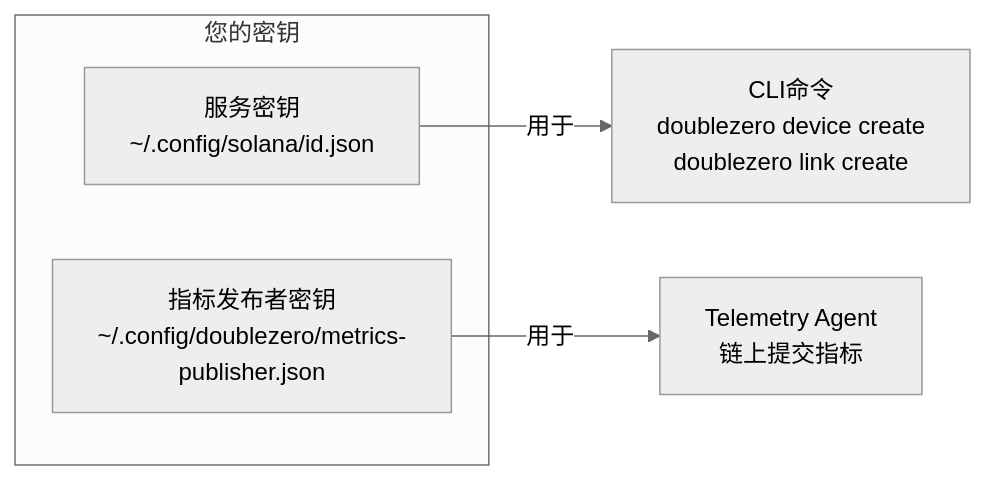
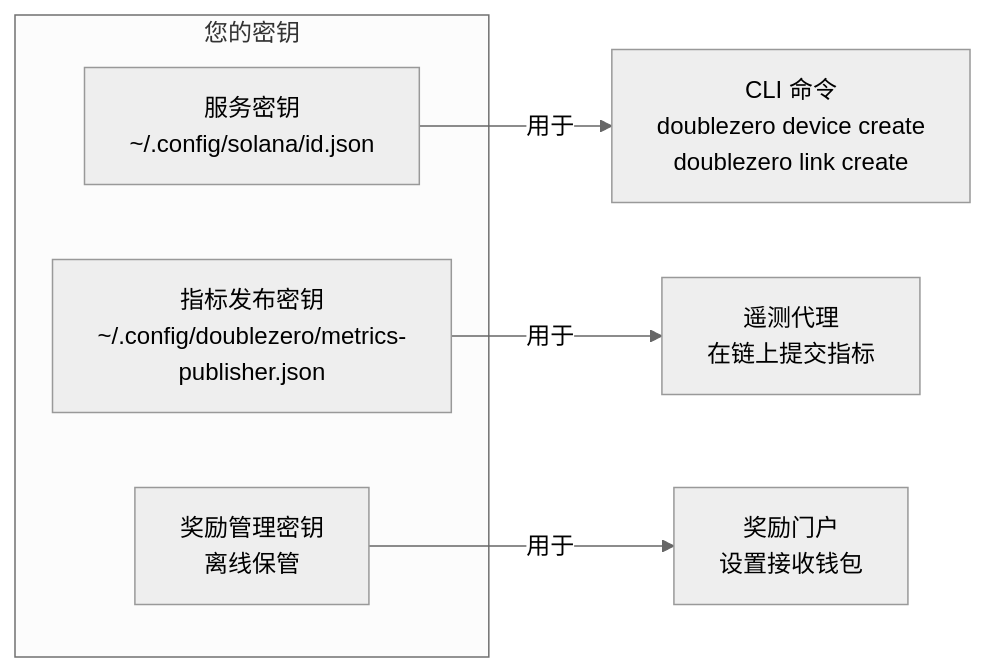
One commit to malbeclabs/docs changed the fourth of 9 diagrams in docs/contribute-provisioning.zh.md. Above: the diagram before and after it, drawn with Mermaid (neutral theme). The commit also changed other lines of this file and 34 other files, not shown here.

````diff
--- a/docs/contribute-provisioning.zh.md
+++ b/docs/contribute-provisioning.zh.md
@@ -166,10 +208,12 @@
 ```mermaid
 flowchart LR
     subgraph "您的密钥"
         SK[服务密钥<br/>~/.config/solana/id.json]
-        MK[指标发布者密钥<br/>~/.config/doublezero/metrics-publisher.json]
+        MK[指标发布密钥<br/>~/.config/doublezero/metrics-publisher.json]
+        RK[奖励管理密钥<br/>离线保管]
     end
 
-    SK -->|用于| CLI[CLI命令<br/>doublezero device create<br/>doublezero link create]
-    MK -->|用于| TEL[Telemetry Agent<br/>链上提交指标]
+    SK -->|用于| CLI[CLI 命令<br/>doublezero device create<br/>doublezero link create]
+    MK -->|用于| TEL[遥测代理<br/>在链上提交指标]
+    RK -->|用于| REW[奖励门户<br/>设置接收钱包]
 ```
````
